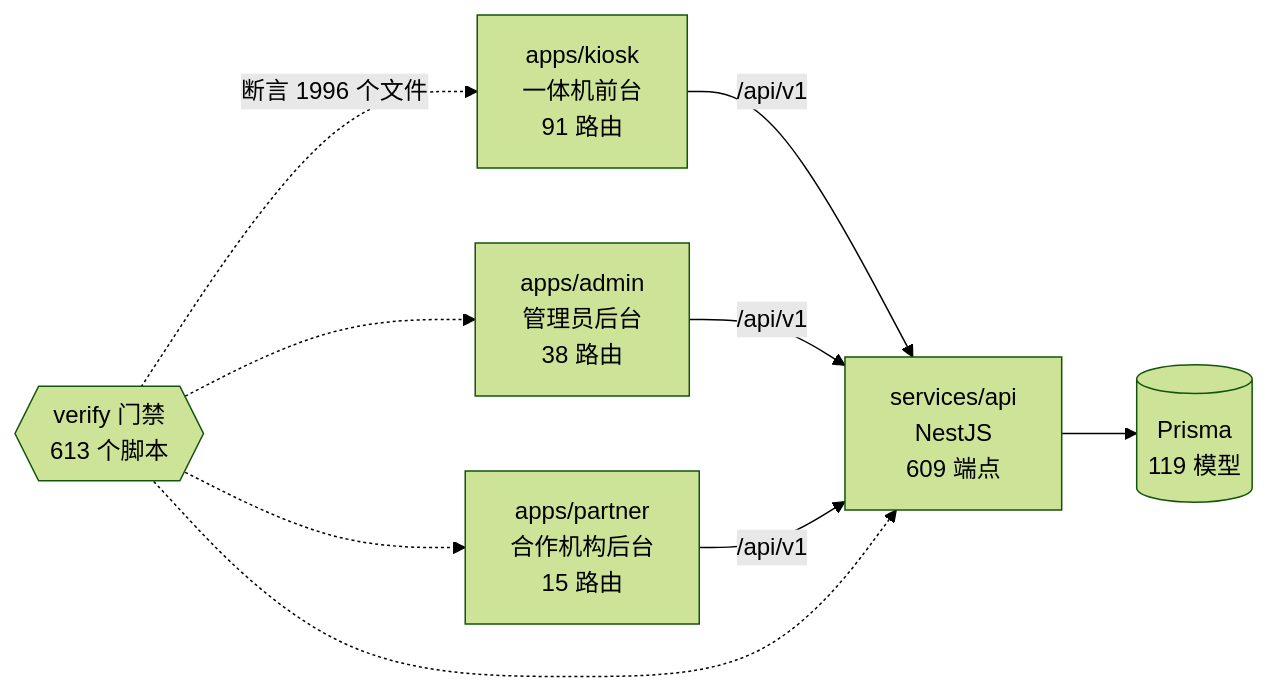
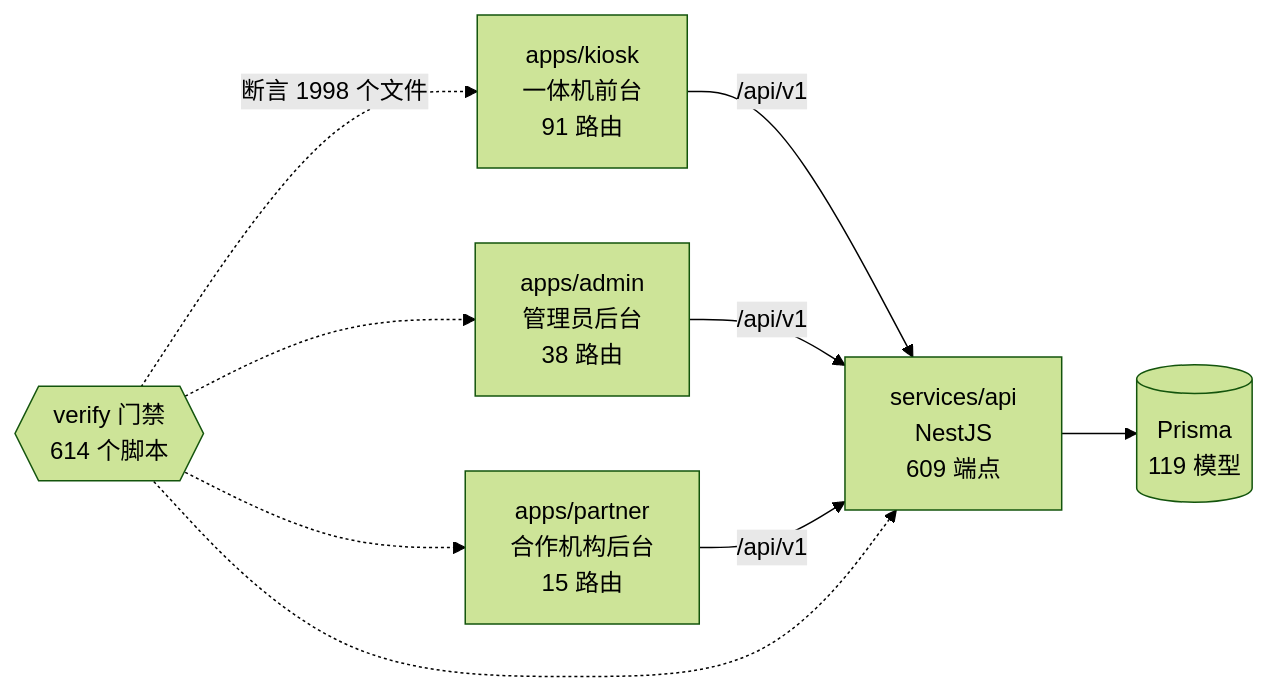
The diagram in docs/graph/README.md (wanglei581/YITIJI), drawn with Mermaid (forest theme) before and after one commit. The commit also changed other lines of this file and 7 other files, not shown here.

````diff
--- a/docs/graph/README.md
+++ b/docs/graph/README.md
@@ -68,18 +68,18 @@
 ```mermaid
 flowchart LR
   kiosk["apps/kiosk<br/>一体机前台<br/>91 路由"]
   admin["apps/admin<br/>管理员后台<br/>38 路由"]
   partner["apps/partner<br/>合作机构后台<br/>15 路由"]
   api["services/api<br/>NestJS<br/>609 端点"]
   db[("Prisma<br/>119 模型")]
-  gates{{"verify 门禁<br/>613 个脚本"}}
+  gates{{"verify 门禁<br/>614 个脚本"}}
 
   kiosk -->|"/api/v1"| api
   admin -->|"/api/v1"| api
   partner -->|"/api/v1"| api
   api --> db
-  gates -.->|"断言 1996 个文件"| kiosk
+  gates -.->|"断言 1998 个文件"| kiosk
   gates -.-> admin
   gates -.-> partner
   gates -.-> api
 ```
````
